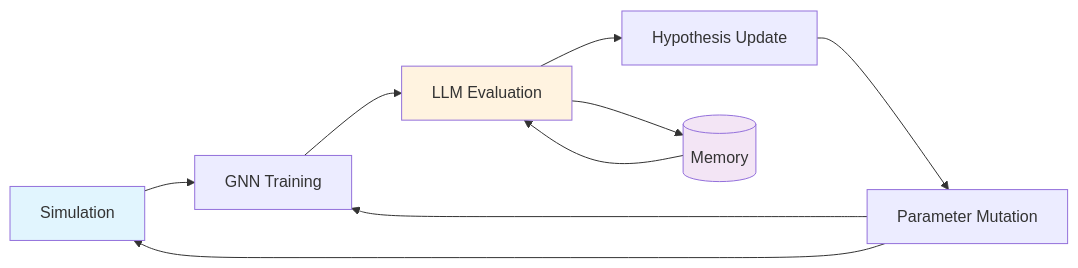
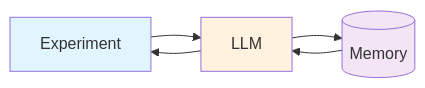
Before and after one commit to saalfeldlab/NeuralGraph: the diagram in index.qmd, drawn with Mermaid. The commit also changed other lines of this file, not shown here.

````diff
--- a/index.qmd
+++ b/index.qmd
@@ -20,17 +20,13 @@
 ```{mermaid}
-%%| fig-width: 8
+%%| fig-width: 6
 flowchart LR
-    A[Simulation] --> B[GNN Training]
-    B --> C[LLM Evaluation]
-    C --> D[Hypothesis Update]
-    D --> E[Parameter Mutation]
-    E --> A
-    E --> B
+    A[Experiment] --> B[LLM]
+    B --> A
 
-    C --> F[(Memory)]
-    F --> C
+    B --> C[(Memory)]
+    C --> B
 
     style A fill:#e1f5fe
-    style C fill:#fff3e0
-    style F fill:#f3e5f5
+    style B fill:#fff3e0
+    style C fill:#f3e5f5
 ```
````
